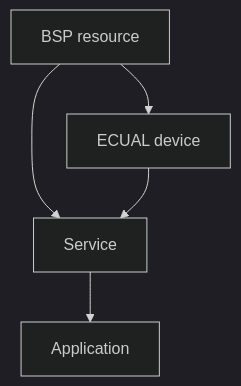
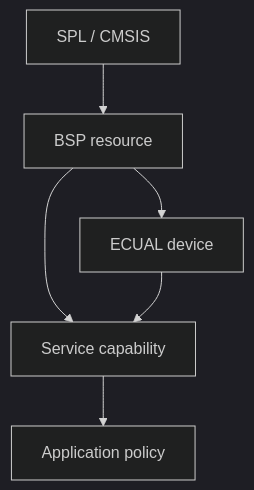
Before and after one commit to haikevins/stm32f1-spl-procedural-baremetal: the diagram in docs/adding_a_module.md, drawn with Mermaid (dark theme). The commit also changed 2 other files, not shown here.

Commit message:
update: README.md

````diff
--- a/docs/adding_a_module.md
+++ b/docs/adding_a_module.md
@@ -132,7 +132,8 @@
 ```mermaid
 flowchart TB
-    BSP["BSP resource"] --> DEVICE["ECUAL device"]
-    BSP --> SERVICE["Service"]
+    VENDOR["SPL / CMSIS"] --> BSP["BSP resource"]
+    BSP --> DEVICE["ECUAL device"]
+    BSP --> SERVICE["Service capability"]
     DEVICE --> SERVICE
-    SERVICE --> APP["Application"]
+    SERVICE --> APP["Application policy"]
 ```
````
